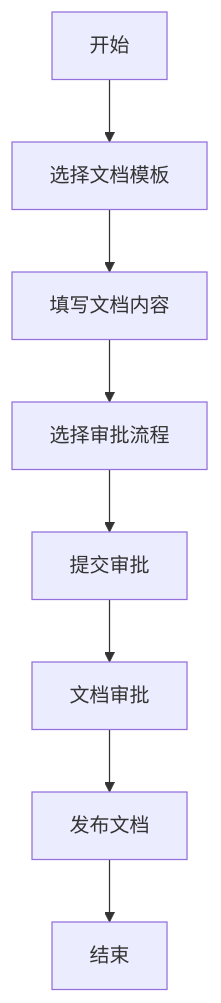
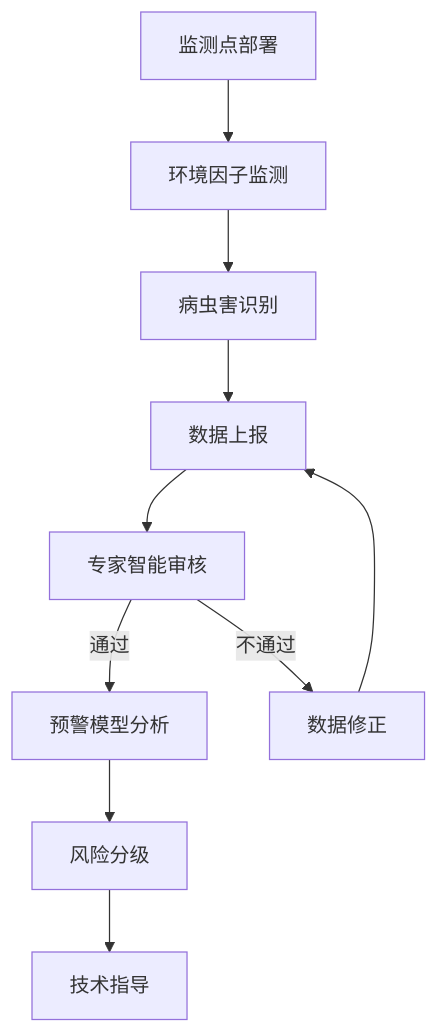
One commit to ericapaeus/awesome-requirements changed the second of 6 diagrams in docs/overview/business-process.md. Above: the diagram before and after it, drawn with Mermaid. The commit also changed other lines of this file and 29 other files, not shown here.

````diff
--- a/docs/overview/business-process.md
+++ b/docs/overview/business-process.md
@@ -46,10 +43,12 @@
 ```mermaid
-graph TD
-    A[开始] --> B[选择文档模板]
-    B --> C[填写文档内容]
-    C --> D[选择审批流程]
-    D --> E[提交审批]
-    E --> F[文档审批]
-    F --> G[发布文档]
-    G --> H[结束]
+flowchart TD
+    A[监测点部署] --> B[环境因子监测]
+    B --> C[病虫害识别]
+    C --> D[数据上报]
+    D --> E[专家智能审核]
+    E -->|通过| F[预警模型分析]
+    E -->|不通过| G[数据修正]
+    G --> D
+    F --> H[风险分级]
+    H --> I[技术指导]
 ```
````
